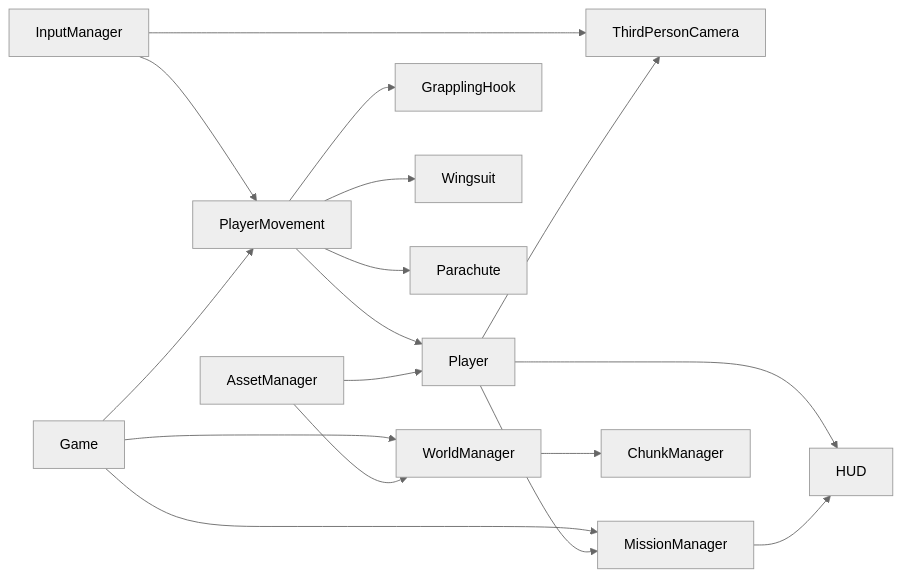
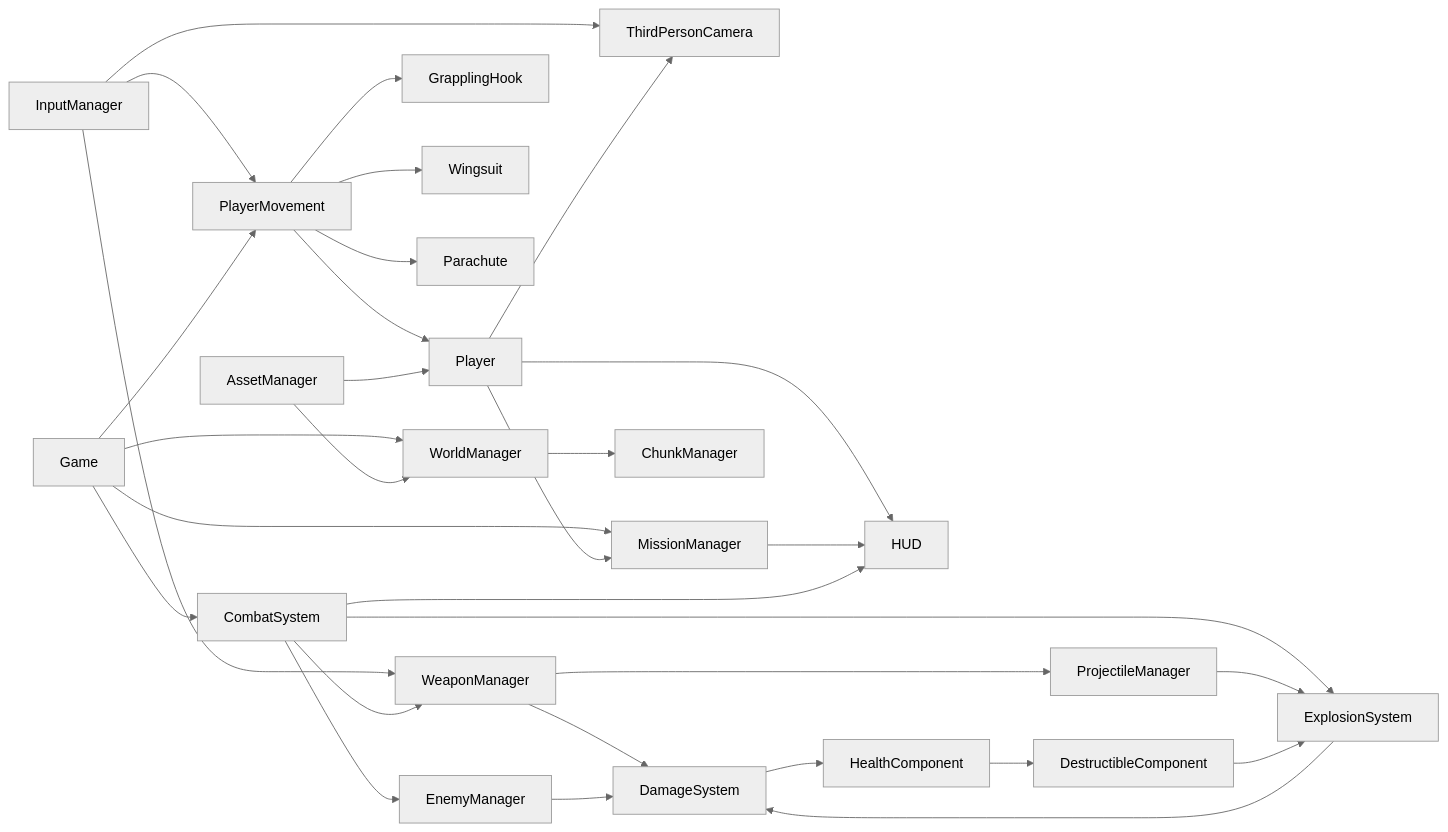
The diagram in docs/ARCHITECTURE.md (tb808/Just_Because), drawn with Mermaid (neutral theme) before and after one commit. The commit also changed other lines of this file and 35 other files, not shown here.

````diff
--- a/docs/ARCHITECTURE.md
+++ b/docs/ARCHITECTURE.md
@@ -52,19 +56,33 @@
 ```mermaid
 flowchart LR
   InputManager --> PlayerMovement
   InputManager --> ThirdPersonCamera
   Game --> PlayerMovement
   Game --> WorldManager
   Game --> MissionManager
   PlayerMovement --> GrapplingHook
   PlayerMovement --> Wingsuit
   PlayerMovement --> Parachute
   PlayerMovement --> Player
   WorldManager --> ChunkManager
   AssetManager --> Player
   AssetManager --> WorldManager
   Player --> ThirdPersonCamera
   Player --> MissionManager
   Player --> HUD
   MissionManager --> HUD
+  Game --> CombatSystem
+  InputManager --> WeaponManager
+  CombatSystem --> WeaponManager
+  CombatSystem --> EnemyManager
+  CombatSystem --> ExplosionSystem
+  WeaponManager --> DamageSystem
+  WeaponManager --> ProjectileManager
+  ProjectileManager --> ExplosionSystem
+  EnemyManager --> DamageSystem
+  ExplosionSystem --> DamageSystem
+  DamageSystem --> HealthComponent
+  HealthComponent --> DestructibleComponent
+  DestructibleComponent --> ExplosionSystem
+  CombatSystem --> HUD
 ```
````
